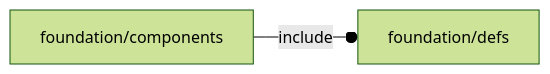
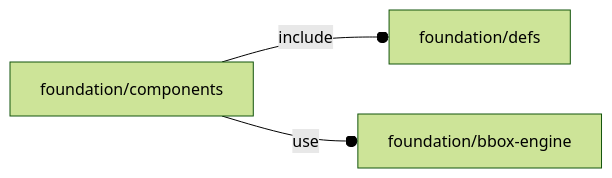
One commit to ggabbiani/OFL changed the diagram in orthodocs/foundation/components.md. Above: the diagram before and after it, drawn with Mermaid (forest theme). The commit also changed other lines of this file and 74 other files, not shown here.

````diff
--- a/orthodocs/foundation/components.md
+++ b/orthodocs/foundation/components.md
@@ -5,4 +5,5 @@
 ```mermaid
 graph LR
     A1[foundation/components] --o|include| A2[foundation/defs]
+    A1 --o|use| A3[foundation/bbox-engine]
 ```
````
